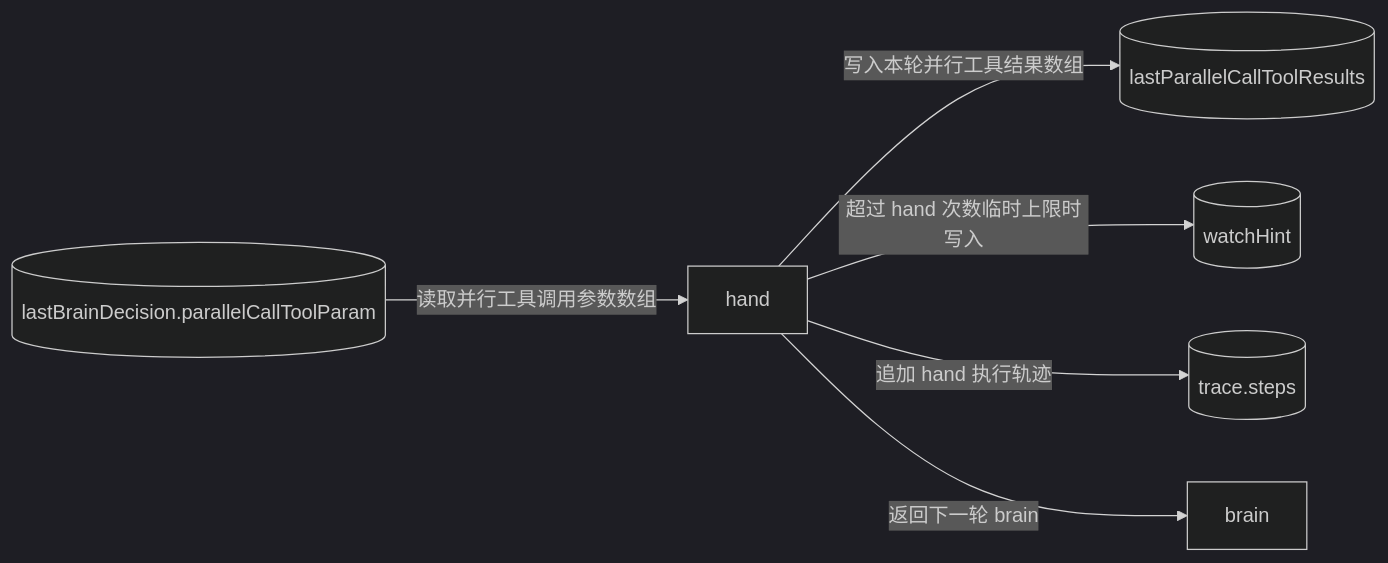
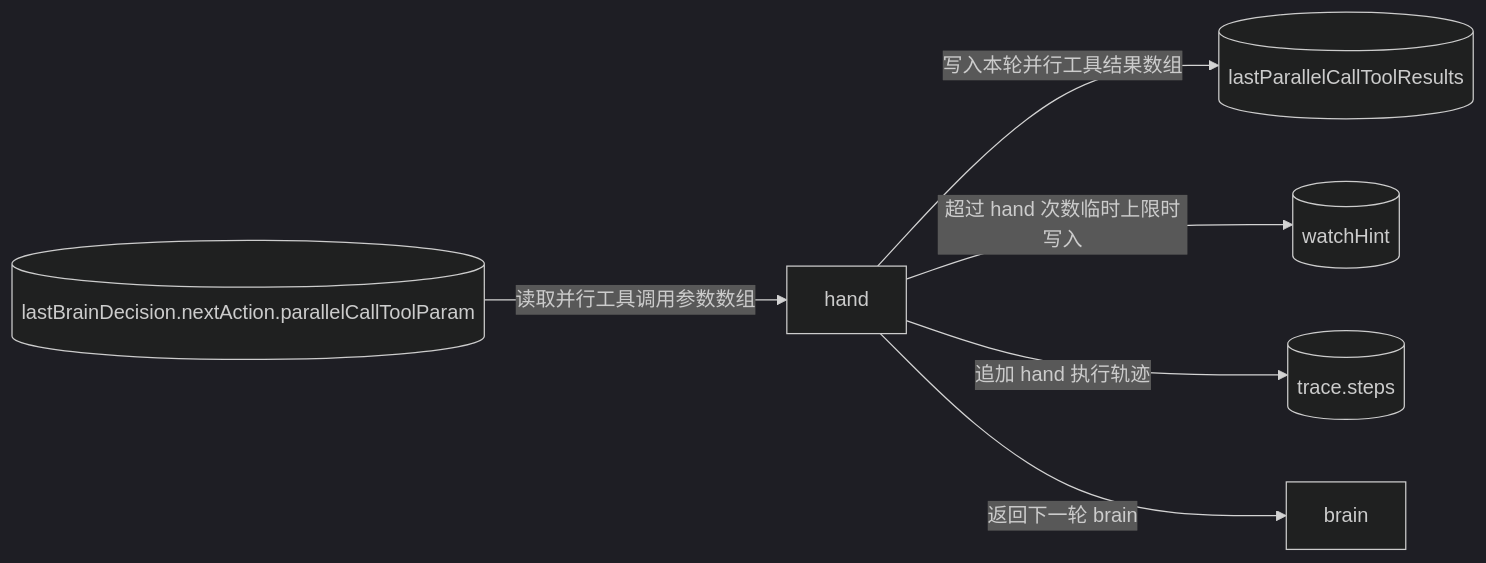
The fifth of 6 diagrams in doc/ai-design/data-definition-and-flow.md (Yoan98/Ncurator), drawn with Mermaid (dark theme) before and after one commit. The commit also changed other lines of this file and 6 other files, not shown here.

Commit message:
Clarify AI refactor docs and human architecture references

````diff
--- a/doc/ai-design/data-definition-and-flow.md
+++ b/doc/ai-design/data-definition-and-flow.md
@@ -402,15 +427,15 @@
 ```mermaid
 flowchart LR
-    LBD[("lastBrainDecision.parallelCallToolParam")]
+    LBD[("lastBrainDecision.nextAction.parallelCallToolParam")]
     H["hand"]
     LTR[("lastParallelCallToolResults")]
     WH[("watchHint")]
     TR[("trace.steps")]
     B["brain"]
 
     LBD -->|读取并行工具调用参数数组| H
     H -->|写入本轮并行工具结果数组| LTR
     H -->|超过 hand 次数临时上限时写入| WH
     H -->|追加 hand 执行轨迹| TR
     H -->|返回下一轮 brain| B
 ```
````
